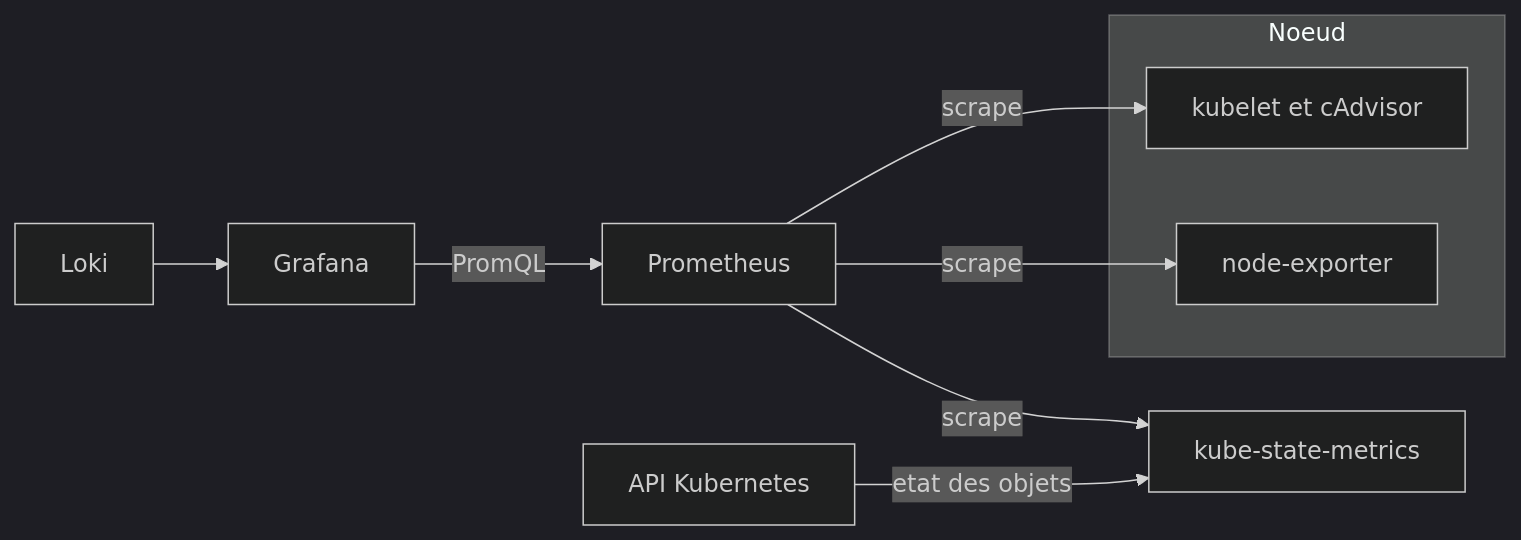
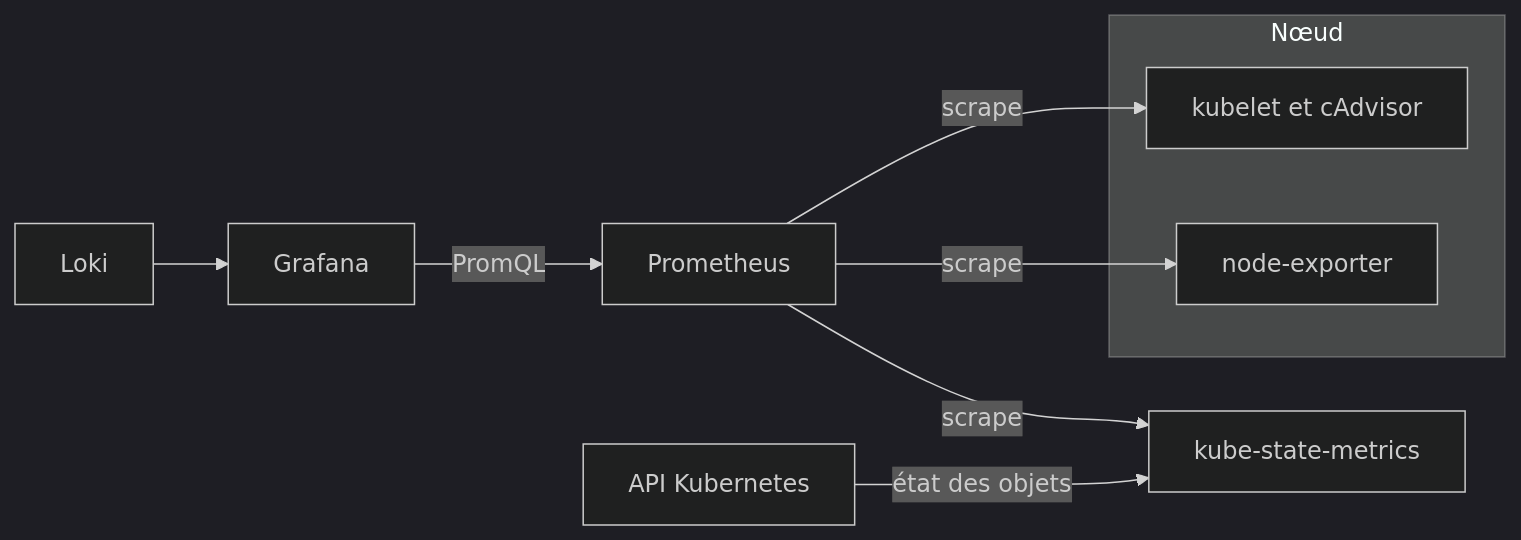
The first of 2 diagrams in courses/grafana/23_observabilite_kubernetes.md (Gooseppr/GevOps_LC), drawn with Mermaid (dark theme) before and after one commit. The commit also changed other lines of this file and 56 other files, not shown here.

````diff
--- a/courses/grafana/23_observabilite_kubernetes.md
+++ b/courses/grafana/23_observabilite_kubernetes.md
@@ -55,14 +55,14 @@
 ```mermaid
 flowchart LR
-    API[API Kubernetes] -->|etat des objets| KSM[kube-state-metrics]
-    subgraph NODE[Noeud]
+    API[API Kubernetes] -->|état des objets| KSM[kube-state-metrics]
+    subgraph NODE[Nœud]
         KUB[kubelet et cAdvisor]
         NE[node-exporter]
     end
     P[Prometheus]
     P -->|scrape| KUB
     P -->|scrape| NE
     P -->|scrape| KSM
     G[Grafana] -->|PromQL| P
     LOGS[Loki] --> G
 ```
````
